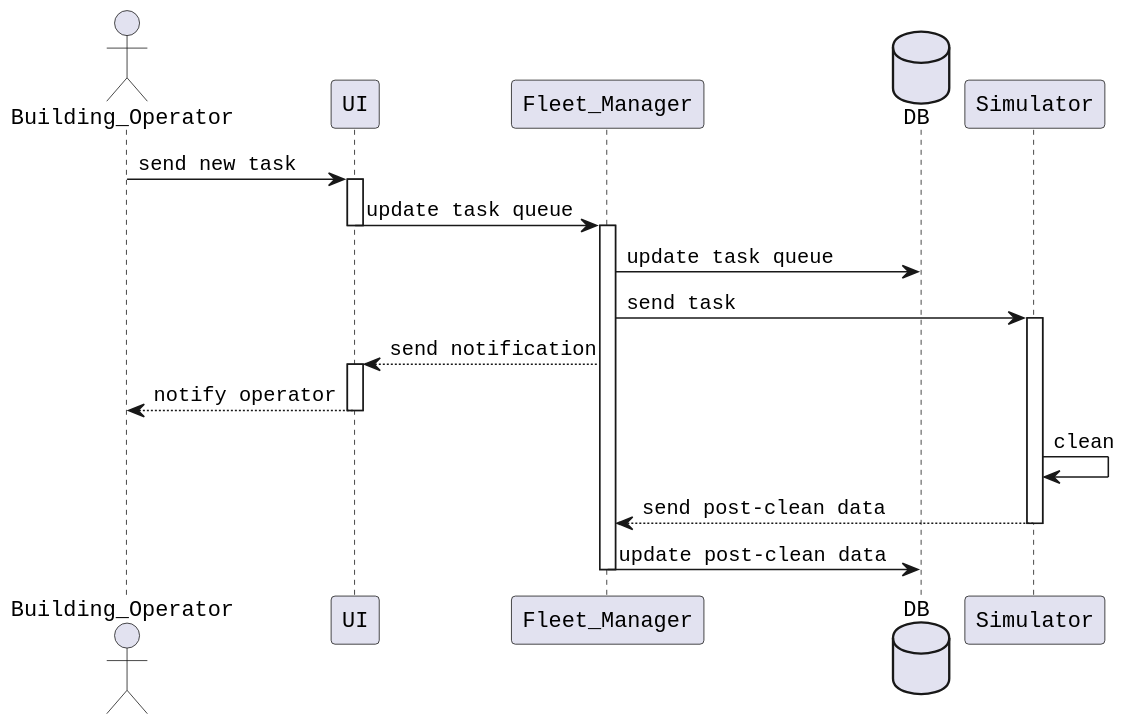
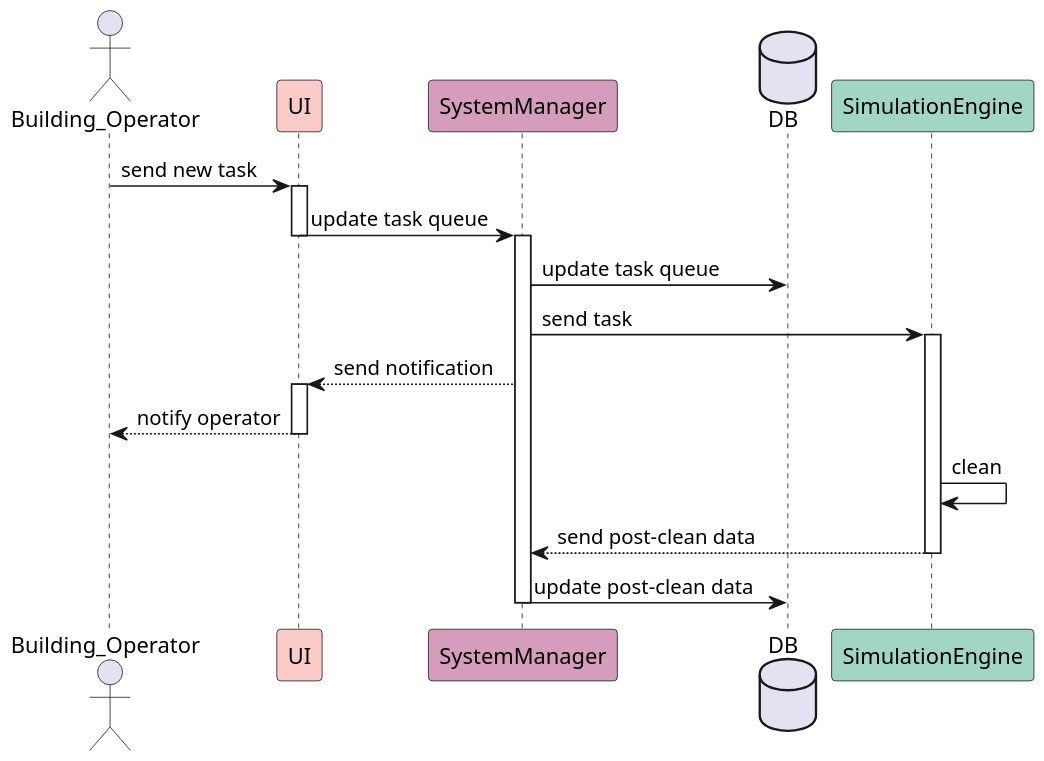
The diagram in docs/design/seq_diagrams/building_operator.puml (ur-swe-fa24/main-project-tidytech), drawn with PlantUML before and after one commit. The commit also changed 6 other files, not shown here.

Commit message:
update the diagrams from sprint1

```diff
--- a/docs/design/seq_diagrams/building_operator.puml
+++ b/docs/design/seq_diagrams/building_operator.puml
@@ -1,29 +1,29 @@
 @startuml 1
 skinparam dpi 150
-skinparam DefaultFontName Courier
+' skinparam DefaultFontName Courier
 actor Building_Operator
-participant UI
-participant Fleet_Manager
+participant UI #FBCBC9
+participant SystemManager #d69cbc
 database DB
-participant Simulator
+participant SimulationEngine #a2d5c6
 
 
 Building_Operator -> UI : send new task
 activate UI
-UI -> Fleet_Manager : update task queue
+UI -> SystemManager : update task queue
 deactivate UI
-activate Fleet_Manager
-Fleet_Manager -> DB : update task queue
-Fleet_Manager -> Simulator : send task
-activate Simulator
-Fleet_Manager --> UI : send notification
+activate SystemManager
+SystemManager -> DB : update task queue
+SystemManager -> SimulationEngine : send task
+activate SimulationEngine
+SystemManager --> UI : send notification
 activate UI
 UI --> Building_Operator : notify operator
 deactivate UI
-Simulator -> Simulator : clean
-Simulator --> Fleet_Manager : send post-clean data
-deactivate Simulator
-Fleet_Manager -> DB : update post-clean data
-deactivate Fleet_Manager
+SimulationEngine -> SimulationEngine : clean
+SimulationEngine --> SystemManager : send post-clean data
+deactivate SimulationEngine
+SystemManager -> DB : update post-clean data
+deactivate SystemManager
 
 @enduml
```
